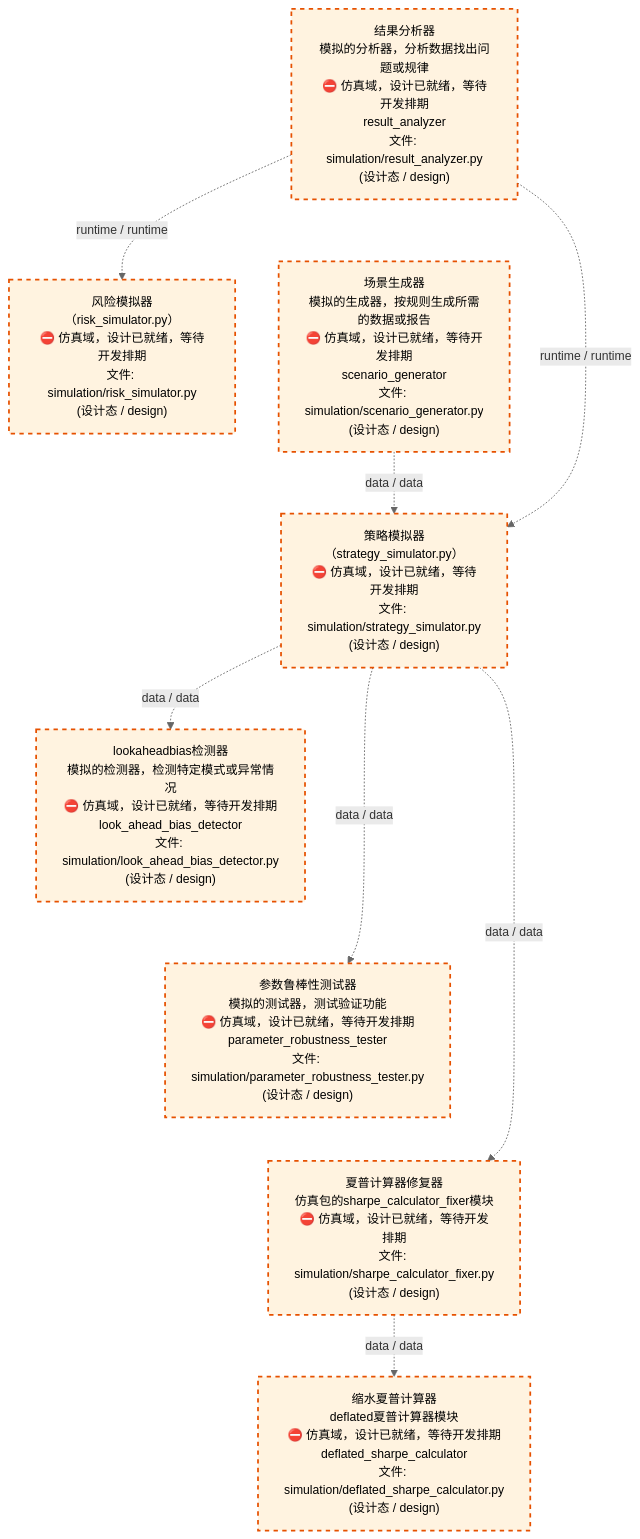
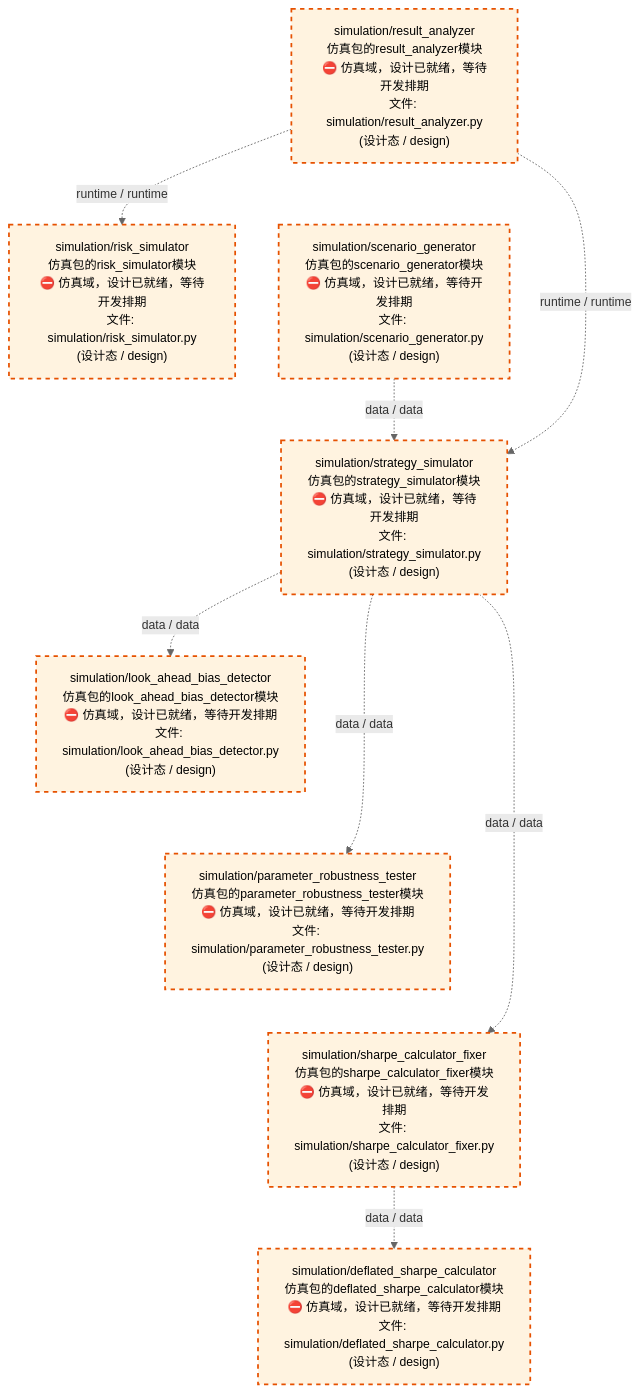
The third of 4 diagrams in docs/02_enterprise_architecture/02_domain_architecture_docs/70_d_simulation.md (xuanFelixVan/ZephyrAlpha), drawn with Mermaid before and after one commit. The commit also changed other lines of this file and 58 other files, not shown here.

````diff
--- a/docs/02_enterprise_architecture/02_domain_architecture_docs/70_d_simulation.md
+++ b/docs/02_enterprise_architecture/02_domain_architecture_docs/70_d_simulation.md
@@ -112,28 +112,28 @@
 ```mermaid
 %%{init: {'theme': 'base', 'themeVariables': {'primaryColor': '#eaeaea', 'primaryTextColor': '#333333', 'primaryBorderColor': '#666666', 'lineColor': '#666666', 'secondaryColor': '#eaeaea', 'tertiaryColor': '#eaeaea', 'fontSize': '14px'}}}%%
 flowchart TD
-    src_zephyr_simulation_result_analyzer_py["结果分析器<br/>模拟的分析器，分析数据找出问题或规律<br/>⛔ 仿真域，设计已就绪，等待开发排期<br/>result_analyzer<br/>文件: simulation/result_analyzer.py<br/>(设计态 / design)"]
-    src_zephyr_simulation_scenario_generator_py["场景生成器<br/>模拟的生成器，按规则生成所需的数据或报告<br/>⛔ 仿真域，设计已就绪，等待开发排期<br/>scenario_generator<br/>文件: simulation/scenario_generator.py<br/>(设计态 / design)"]
+    src_zephyr_simulation_result_analyzer_py["simulation/result_analyzer<br/>仿真包的result_analyzer模块<br/>⛔ 仿真域，设计已就绪，等待开发排期<br/>文件: simulation/result_analyzer.py<br/>(设计态 / design)"]
+    src_zephyr_simulation_scenario_generator_py["simulation/scenario_generator<br/>仿真包的scenario_generator模块<br/>⛔ 仿真域，设计已就绪，等待开发排期<br/>文件: simulation/scenario_generator.py<br/>(设计态 / design)"]
     src_zephyr_simulation_result_analyzer_py ~~~ src_zephyr_simulation_scenario_generator_py
-    src_zephyr_simulation_risk_simulator_py["风险模拟器<br/>（risk_simulator.py）<br/>⛔ 仿真域，设计已就绪，等待开发排期<br/>文件: simulation/risk_simulator.py<br/>(设计态 / design)"]
-    src_zephyr_simulation_strategy_simulator_py["策略模拟器<br/>（strategy_simulator.py）<br/>⛔ 仿真域，设计已就绪，等待开发排期<br/>文件: simulation/strategy_simulator.py<br/>(设计态 / design)"]
+    src_zephyr_simulation_risk_simulator_py["simulation/risk_simulator<br/>仿真包的risk_simulator模块<br/>⛔ 仿真域，设计已就绪，等待开发排期<br/>文件: simulation/risk_simulator.py<br/>(设计态 / design)"]
+    src_zephyr_simulation_strategy_simulator_py["simulation/strategy_simulator<br/>仿真包的strategy_simulator模块<br/>⛔ 仿真域，设计已就绪，等待开发排期<br/>文件: simulation/strategy_simulator.py<br/>(设计态 / design)"]
     src_zephyr_simulation_risk_simulator_py ~~~ src_zephyr_simulation_strategy_simulator_py
-    src_zephyr_simulation_look_ahead_bias_detector_py["lookaheadbias检测器<br/>模拟的检测器，检测特定模式或异常情况<br/>⛔ 仿真域，设计已就绪，等待开发排期<br/>look_ahead_bias_detector<br/>文件: simulation/look_ahead_bias_detector.py<br/>(设计态 / design)"]
-    src_zephyr_simulation_parameter_robustness_tester_py["参数鲁棒性测试器<br/>模拟的测试器，测试验证功能<br/>⛔ 仿真域，设计已就绪，等待开发排期<br/>parameter_robustness_tester<br/>文件: simulation/parameter_robustness_tester.py<br/>(设计态 / design)"]
-    src_zephyr_simulation_sharpe_calculator_fixer_py["夏普计算器修复器<br/>仿真包的sharpe_calculator_fixer模块<br/>⛔ 仿真域，设计已就绪，等待开发排期<br/>文件: simulation/sharpe_calculator_fixer.py<br/>(设计态 / design)"]
+    src_zephyr_simulation_look_ahead_bias_detector_py["simulation/look_ahead_bias_detector<br/>仿真包的look_ahead_bias_detector模块<br/>⛔ 仿真域，设计已就绪，等待开发排期<br/>文件: simulation/look_ahead_bias_detector.py<br/>(设计态 / design)"]
+    src_zephyr_simulation_parameter_robustness_tester_py["simulation/parameter_robustness_tester<br/>仿真包的parameter_robustness_tester模块<br/>⛔ 仿真域，设计已就绪，等待开发排期<br/>文件: simulation/parameter_robustness_tester.py<br/>(设计态 / design)"]
+    src_zephyr_simulation_sharpe_calculator_fixer_py["simulation/sharpe_calculator_fixer<br/>仿真包的sharpe_calculator_fixer模块<br/>⛔ 仿真域，设计已就绪，等待开发排期<br/>文件: simulation/sharpe_calculator_fixer.py<br/>(设计态 / design)"]
     src_zephyr_simulation_look_ahead_bias_detector_py ~~~ src_zephyr_simulation_parameter_robustness_tester_py
     src_zephyr_simulation_parameter_robustness_tester_py ~~~ src_zephyr_simulation_sharpe_calculator_fixer_py
-    src_zephyr_simulation_deflated_sharpe_calculator_py["缩水夏普计算器<br/>deflated夏普计算器模块<br/>⛔ 仿真域，设计已就绪，等待开发排期<br/>deflated_sharpe_calculator<br/>文件: simulation/deflated_sharpe_calculator.py<br/>(设计态 / design)"]
+    src_zephyr_simulation_deflated_sharpe_calculator_py["simulation/deflated_sharpe_calculator<br/>仿真包的deflated_sharpe_calculator模块<br/>⛔ 仿真域，设计已就绪，等待开发排期<br/>文件: simulation/deflated_sharpe_calculator.py<br/>(设计态 / design)"]
     src_zephyr_simulation_strategy_simulator_py -.->|data / data| src_zephyr_simulation_parameter_robustness_tester_py
     src_zephyr_simulation_strategy_simulator_py -.->|data / data| src_zephyr_simulation_look_ahead_bias_detector_py
     src_zephyr_simulation_strategy_simulator_py -.->|data / data| src_zephyr_simulation_sharpe_calculator_fixer_py
     src_zephyr_simulation_scenario_generator_py -.->|data / data| src_zephyr_simulation_strategy_simulator_py
     src_zephyr_simulation_result_analyzer_py -.->|runtime / runtime| src_zephyr_simulation_strategy_simulator_py
     src_zephyr_simulation_result_analyzer_py -.->|runtime / runtime| src_zephyr_simulation_risk_simulator_py
     src_zephyr_simulation_sharpe_calculator_fixer_py -.->|data / data| src_zephyr_simulation_deflated_sharpe_calculator_py
     classDef production fill:#e1f5fe,stroke:#01579b,stroke-width:2px,color:#000
     classDef design fill:#fff3e0,stroke:#e65100,stroke-width:2px,color:#000,stroke-dasharray: 5 5
     classDef external_prod fill:#e8f4fd,stroke:#0277bd,stroke-width:1px,color:#000
     classDef external_design fill:#fff8e7,stroke:#ef6c00,stroke-width:1px,color:#000,stroke-dasharray: 5 5
     class src_zephyr_simulation_deflated_sharpe_calculator_py,src_zephyr_simulation_look_ahead_bias_detector_py,src_zephyr_simulation_parameter_robustness_tester_py,src_zephyr_simulation_result_analyzer_py,src_zephyr_simulation_risk_simulator_py,src_zephyr_simulation_scenario_generator_py,src_zephyr_simulation_sharpe_calculator_fixer_py,src_zephyr_simulation_strategy_simulator_py design
 ```
````
